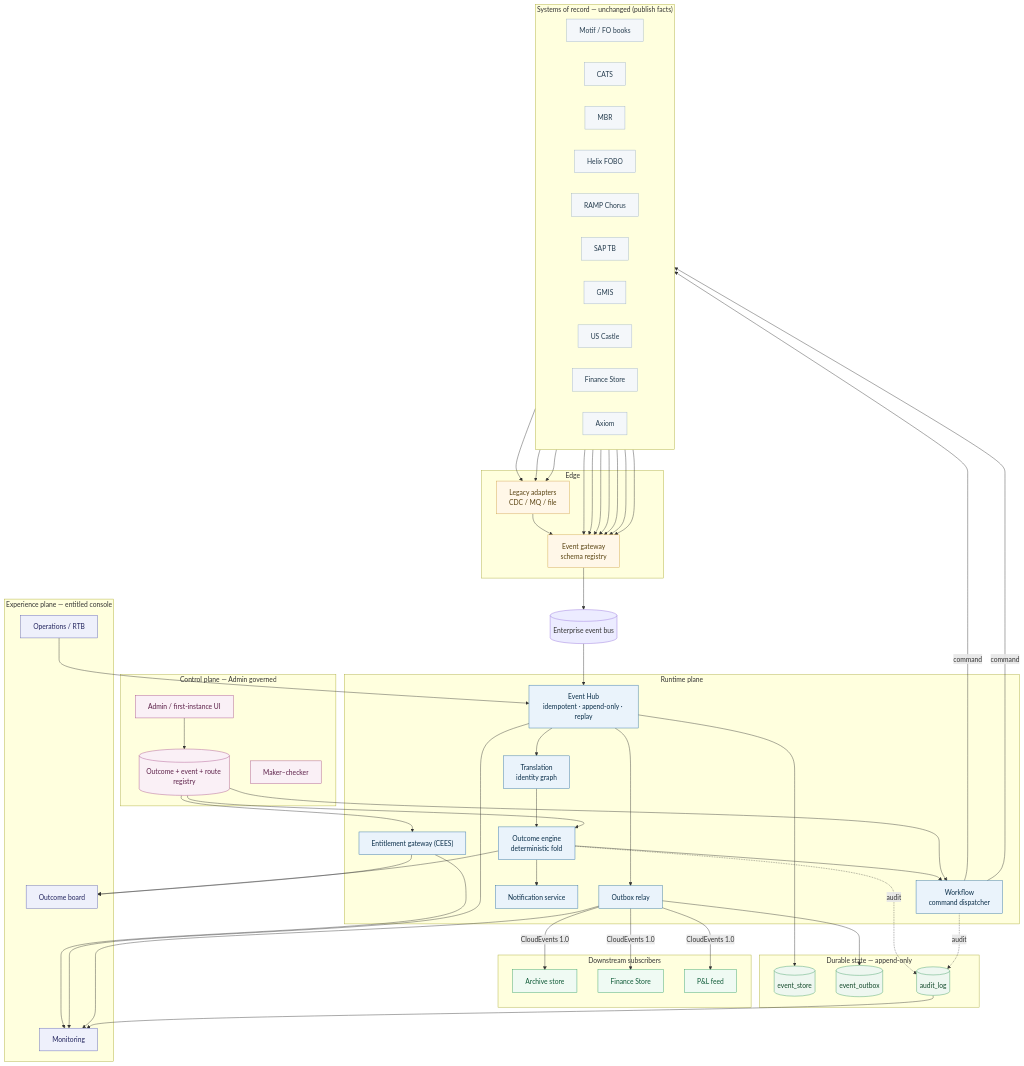
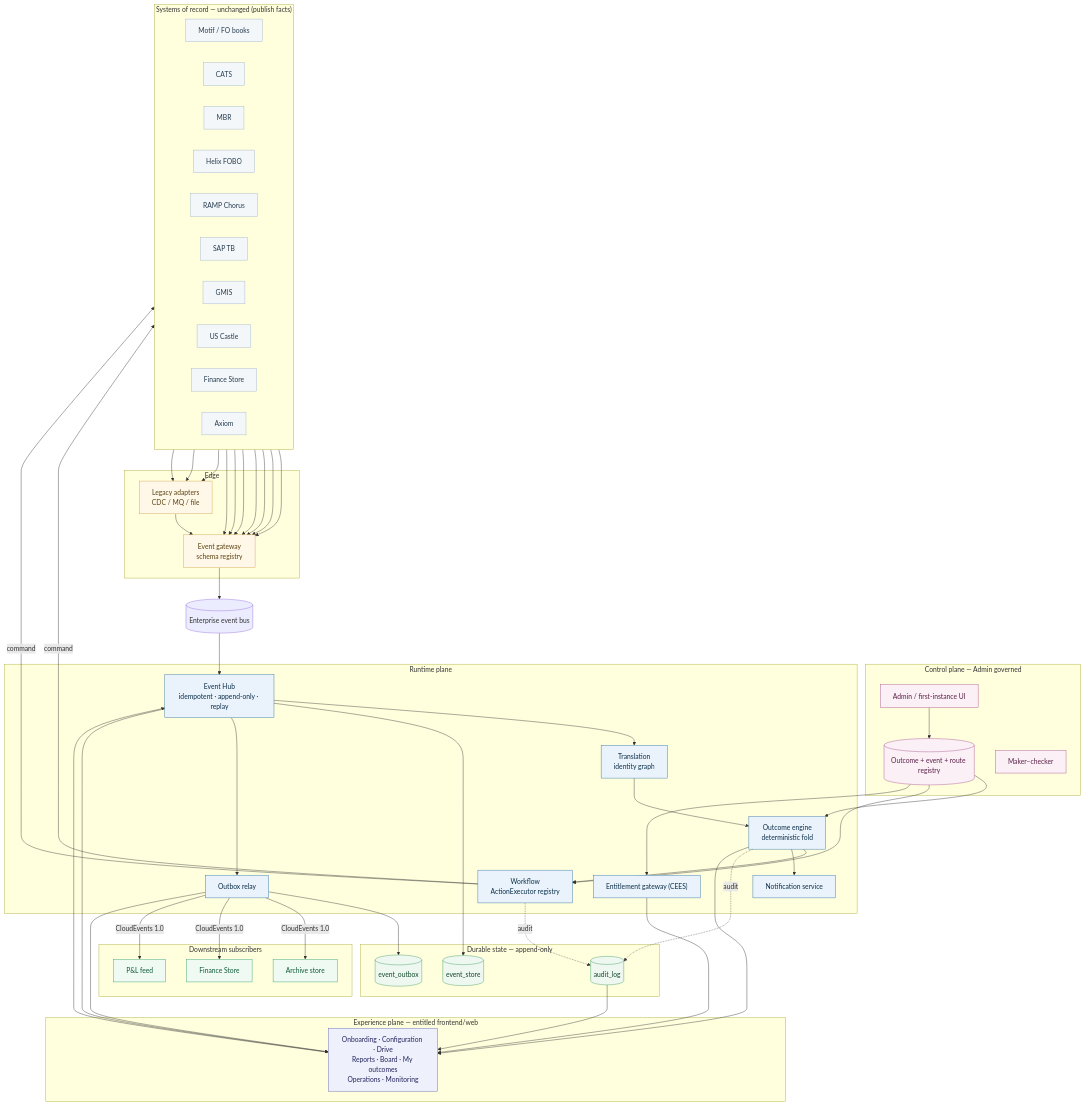
Before and after one commit to praveen2025work/onefinuxdemo: the diagram in docs/exec/diagrams/01-enterprise-context.mmd, drawn with Mermaid. The commit also changed 16 other files, not shown here.

First line of the commit message:
docs(exec): refresh architecture diagrams for the as-built product

```diff
--- a/docs/exec/diagrams/01-enterprise-context.mmd
+++ b/docs/exec/diagrams/01-enterprise-context.mmd
@@ -1,110 +1,107 @@
 flowchart TB
   classDef sor fill:#f4f7fa,stroke:#9fb3c6,color:#243b4d;
   classDef edge fill:#fff7e8,stroke:#d0a24a,color:#5a4412;
   classDef run fill:#eaf3fb,stroke:#2b6ea3,color:#0b2f4a;
   classDef store fill:#eef7f0,stroke:#3f9d63,color:#12492a;
   classDef down fill:#effaf3,stroke:#2f9d67,color:#0e5a37;
   classDef ux fill:#eef0fb,stroke:#5b5fb0,color:#23255e;
   classDef ctrl fill:#faf0f6,stroke:#a8508a,color:#5c2049;
 
   subgraph SOR["Systems of record — unchanged (publish facts)"]
     direction LR
     Motif["Motif / FO books"]
     CATS["CATS"]
     MBR["MBR"]
     Helix["Helix FOBO"]
     RAMP["RAMP Chorus"]
     SAP["SAP TB"]
     GMIS["GMIS"]
     Castle["US Castle"]
     FinStore["Finance Store"]
     Axiom["Axiom"]
   end
 
   subgraph EDGE["Edge"]
     GW["Event gateway<br/>schema registry"]
     ADP["Legacy adapters<br/>CDC / MQ / file"]
   end
 
   BUS[("Enterprise event bus")]
 
   subgraph CTRL["Control plane — Admin governed"]
     ADMIN["Admin / first-instance UI"]
     REG[("Outcome + event + route registry")]
     MK["Maker–checker"]
   end
 
   subgraph RUN["Runtime plane"]
     HUB["Event Hub<br/>idempotent · append-only · replay"]
     XL["Translation<br/>identity graph"]
     ENG["Outcome engine<br/>deterministic fold"]
-    WF["Workflow<br/>command dispatcher"]
+    WF["Workflow<br/>ActionExecutor registry"]
     OBX["Outbox relay"]
     NTF["Notification service"]
     ENT["Entitlement gateway (CEES)"]
   end
 
   subgraph DATA["Durable state — append-only"]
     ES[("event_store")]
     OB[("event_outbox")]
     AUD[("audit_log")]
   end
 
   subgraph DOWN["Downstream subscribers"]
     ARC["Archive store"]
     FS["Finance Store"]
     PNL["P&L feed"]
   end
 
-  subgraph UX["Experience plane — entitled console"]
-    BOARD["Outcome board"]
-    OPS["Operations / RTB"]
-    MON["Monitoring"]
+  subgraph UX["Experience plane — entitled frontend/web"]
+    CONSOLE["Onboarding · Configuration · Drive<br/>Reports · Board · My outcomes<br/>Operations · Monitoring"]
   end
 
   Motif --> GW
   CATS --> GW
   MBR --> GW
   Helix --> GW
   RAMP --> GW
   SAP --> GW
   GMIS --> GW
   Castle --> ADP
   FinStore --> ADP
   Axiom --> ADP
   ADP --> GW
   GW --> BUS
   BUS --> HUB
   HUB --> XL
   XL --> ENG
   ENG --> WF
   WF -->|command| Helix
   WF -->|command| Axiom
   HUB --> ES
   HUB --> OBX
   OBX --> OB
   OBX -->|CloudEvents 1.0| ARC
   OBX -->|CloudEvents 1.0| FS
   OBX -->|CloudEvents 1.0| PNL
   ENG --> NTF
   ENG -. audit .-> AUD
   WF -. audit .-> AUD
   ADMIN --> REG
   REG --> ENG
   REG --> WF
   REG --> ENT
-  ENG --> BOARD
-  ENT --> BOARD
-  ENT --> MON
-  HUB --> MON
-  OBX --> MON
-  AUD --> MON
-  OPS --> HUB
+  ENG --> CONSOLE
+  ENT --> CONSOLE
+  HUB --> CONSOLE
+  OBX --> CONSOLE
+  AUD --> CONSOLE
+  CONSOLE --> HUB
 
   class Motif,CATS,MBR,Helix,RAMP,SAP,GMIS,Castle,FinStore,Axiom sor
   class GW,ADP edge
   class HUB,XL,ENG,WF,OBX,NTF,ENT run
   class ES,OB,AUD store
   class ARC,FS,PNL down
-  class BOARD,OPS,MON ux
+  class CONSOLE ux
   class ADMIN,REG,MK ctrl
```
